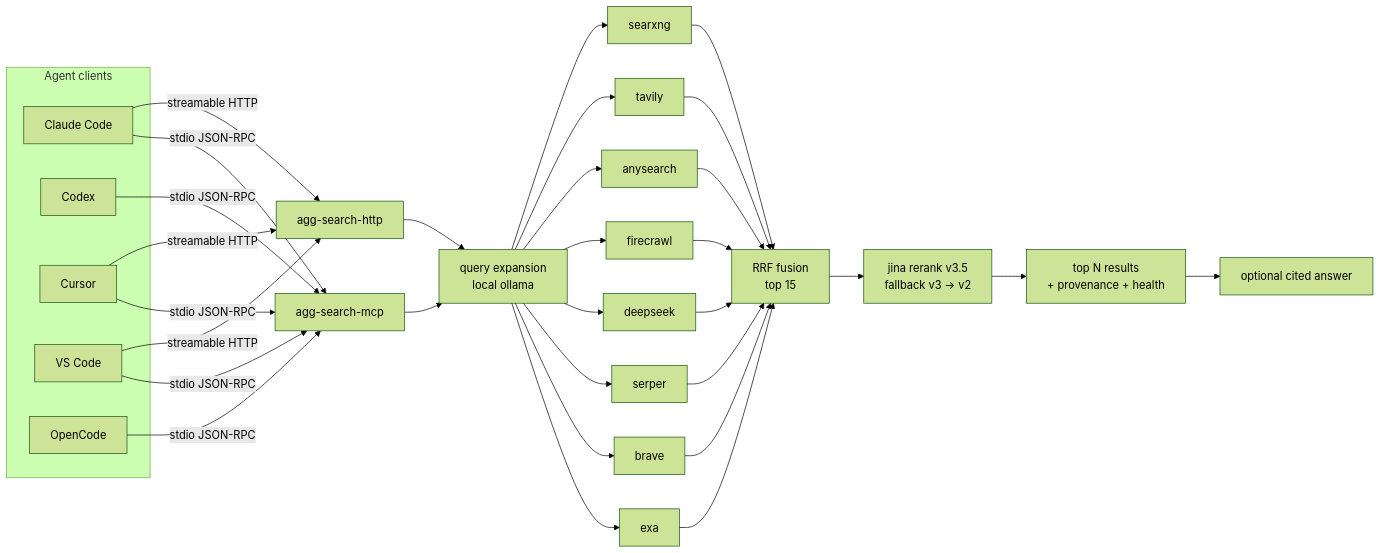
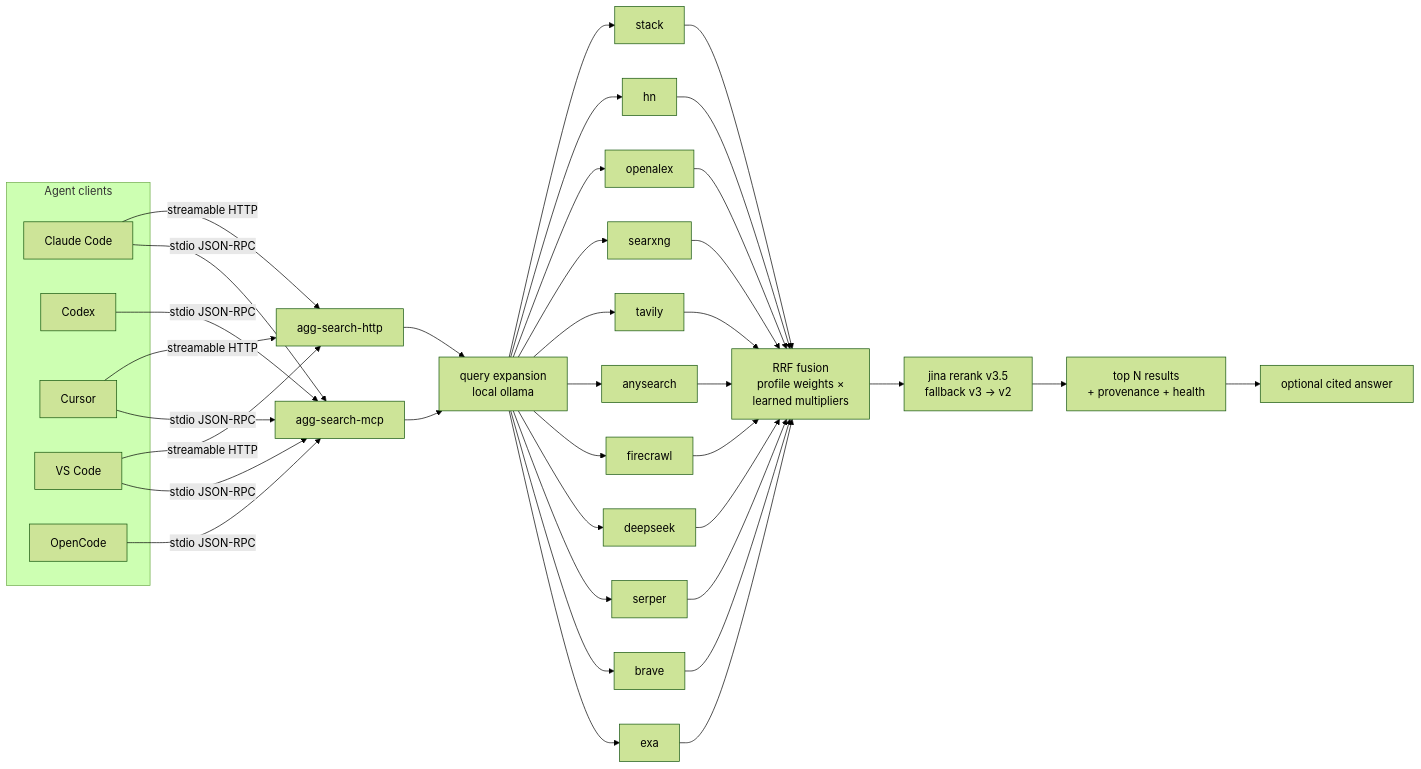
One commit to TsukimioRinka/agg-search changed the diagram in README.md. Above: the diagram before and after it, drawn with Mermaid (forest theme). The commit also changed other lines of this file and 7 other files, not shown here.

````diff
--- a/README.md
+++ b/README.md
@@ -30,26 +31,29 @@
 ```mermaid
 flowchart LR
   subgraph clients[Agent clients]
     CC[Claude Code]
     CX[Codex]
     CU[Cursor]
     VS[VS Code]
     OC[OpenCode]
   end
   CC & CX & CU & VS & OC -->|stdio JSON-RPC| M[agg-search-mcp]
   CC & CU & VS -->|streamable HTTP| H[agg-search-http]
   M --> Q
   H --> Q[query expansion<br/>local ollama]
   Q --> A[exa]
   Q --> B[brave]
   Q --> C[serper]
   Q --> D[deepseek]
   Q --> E[firecrawl]
   Q --> F[anysearch]
   Q --> G[tavily]
   Q --> Hh[searxng]
-  A & B & C & D & E & F & G & Hh --> R[RRF fusion<br/>top 15]
+  Q --> OA[openalex]
+  Q --> HN[hn]
+  Q --> ST[stack]
+  A & B & C & D & E & F & G & Hh & OA & HN & ST --> R[RRF fusion<br/>profile weights ×<br/>learned multipliers]
   R --> J[jina rerank v3.5<br/>fallback v3 → v2]
   J --> O[top N results<br/>+ provenance + health]
   O --> AN[optional cited answer]
 ```
````
